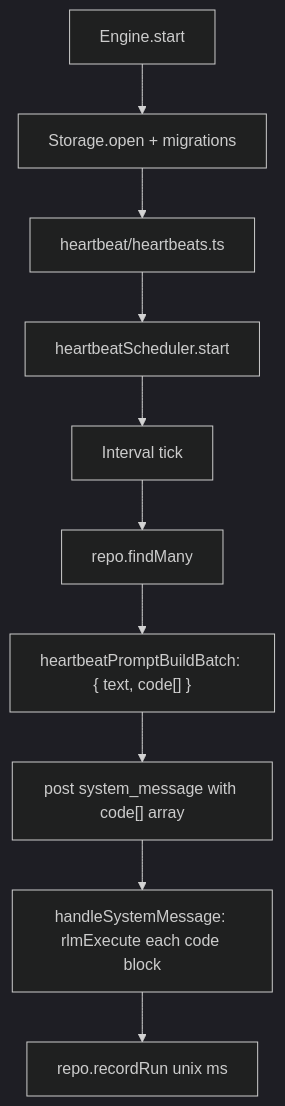
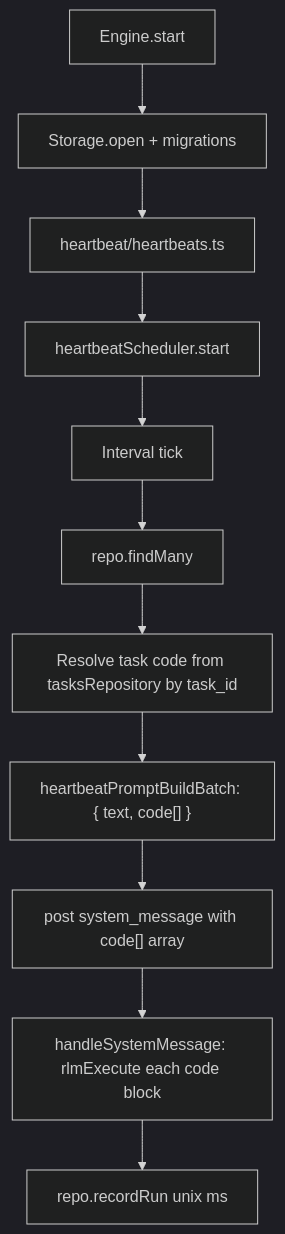
The diagram in packages/daycare/sources/engine/heartbeat/README.md (ex3ndr/daycare), drawn with Mermaid (dark theme) before and after one commit. The commit also changed other lines of this file and 48 other files, not shown here.

Commit message:
feat(tasks): unify task model and scheduling triggers

````diff
--- a/packages/daycare/sources/engine/heartbeat/README.md
+++ b/packages/daycare/sources/engine/heartbeat/README.md
@@ -30,12 +30,13 @@
 ```mermaid
 flowchart TD
   Engine[Engine.start] --> Storage[Storage.open + migrations]
   Storage --> Heartbeats[heartbeat/heartbeats.ts]
   Heartbeats --> Scheduler[heartbeatScheduler.start]
   Scheduler --> Tick[Interval tick]
   Tick --> Load[repo.findMany]
-  Load --> Batch["heartbeatPromptBuildBatch: { text, code[] }"]
+  Load --> Resolve["Resolve task code from tasksRepository by task_id"]
+  Resolve --> Batch["heartbeatPromptBuildBatch: { text, code[] }"]
   Batch --> AgentSystem["post system_message with code[] array"]
   AgentSystem --> RLM["handleSystemMessage: rlmExecute each code block"]
   RLM --> Record[repo.recordRun unix ms]
 ```
````
